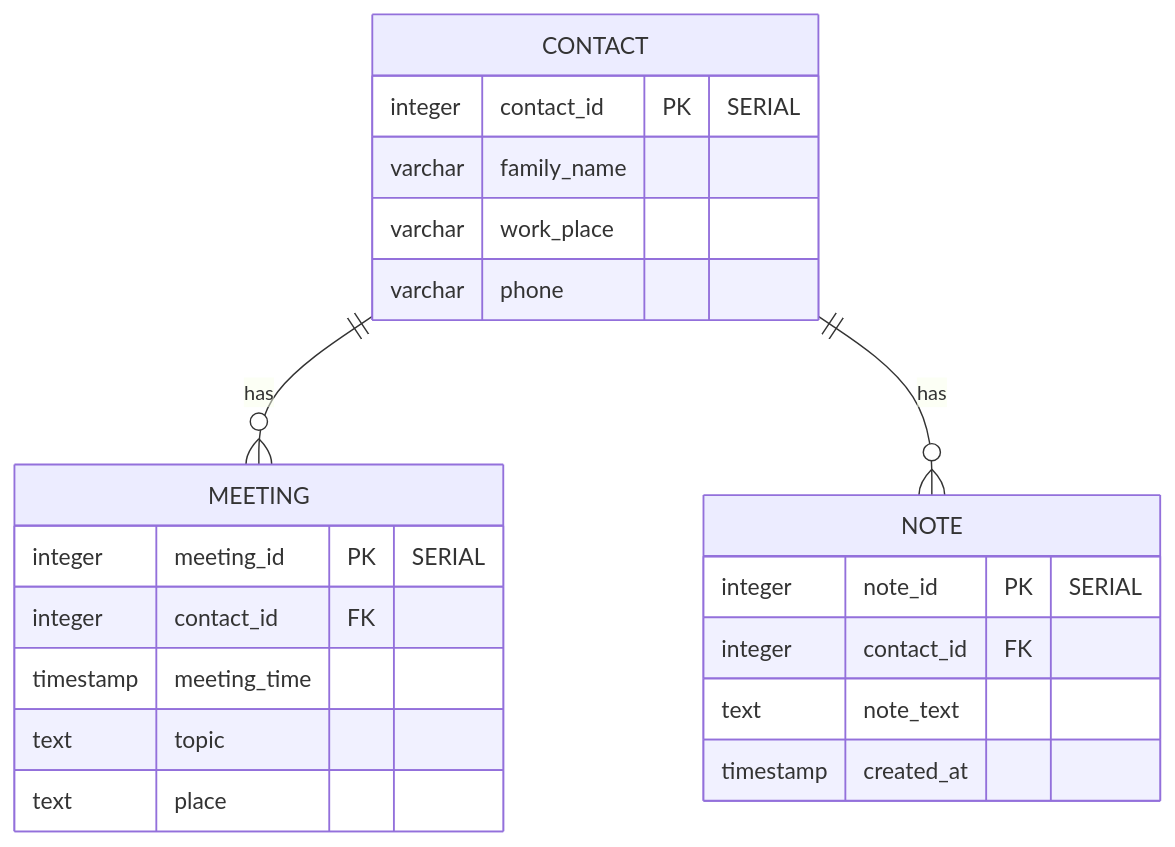
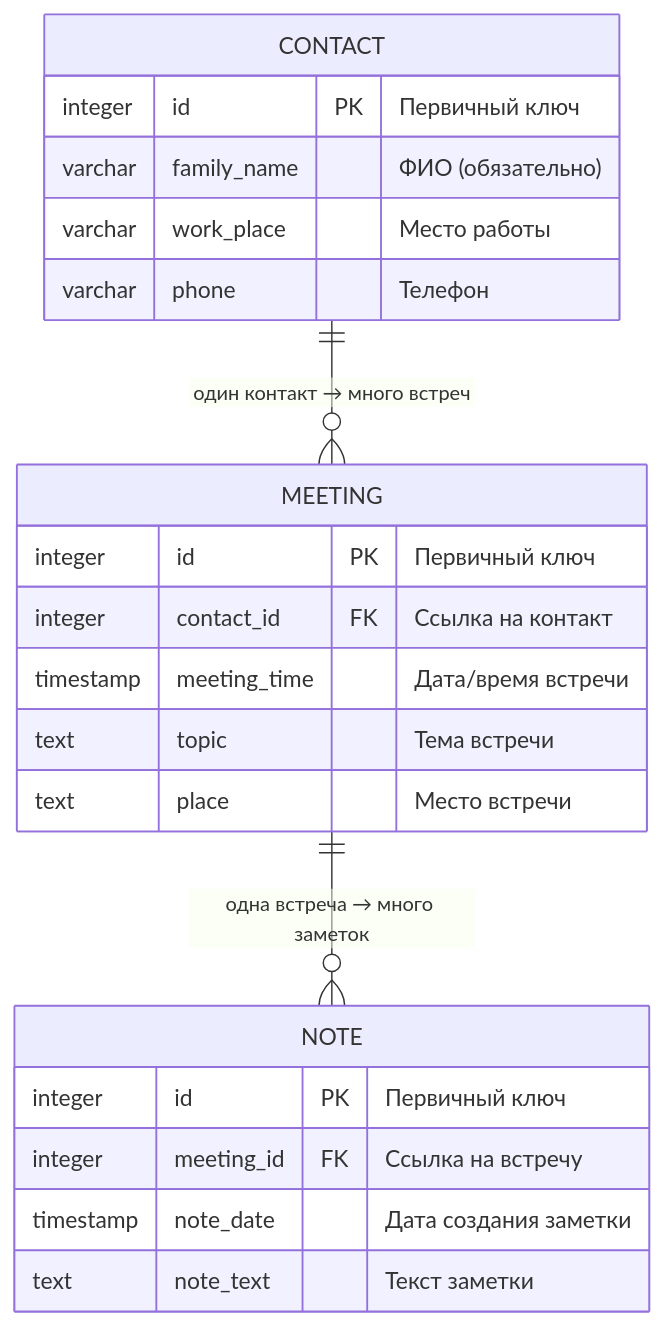
The second of 3 diagrams in README.md (eugeneai/lab-db-2025-1), drawn with Mermaid before and after one commit. The commit also changed other lines of this file, not shown here.

````diff
--- a/README.md
+++ b/README.md
@@ -378,27 +187,27 @@
 ```mermaid
 erDiagram
-    CONTACT ||--o{ MEETING : has
-    CONTACT ||--o{ NOTE : has
-    
     CONTACT {
-        integer contact_id PK "SERIAL"
-        varchar family_name
-        varchar work_place
-        varchar phone
+        integer id PK "Первичный ключ"
+        varchar family_name "ФИО (обязательно)"
+        varchar work_place "Место работы"
+        varchar phone "Телефон"
     }
     
     MEETING {
-        integer meeting_id PK "SERIAL"
-        integer contact_id FK
-        timestamp meeting_time
-        text topic
-        text place
+        integer id PK "Первичный ключ"
+        integer contact_id FK "Ссылка на контакт"
+        timestamp meeting_time "Дата/время встречи"
+        text topic "Тема встречи"
+        text place "Место встречи"
     }
     
     NOTE {
-        integer note_id PK "SERIAL"
-        integer contact_id FK
-        text note_text
-        timestamp created_at
+        integer id PK "Первичный ключ"
+        integer meeting_id FK "Ссылка на встречу"
+        timestamp note_date "Дата создания заметки"
+        text note_text "Текст заметки"
     }
+    
+    CONTACT ||--o{ MEETING : "один контакт → много встреч"
+    MEETING ||--o{ NOTE : "одна встреча → много заметок"
 ```
````
